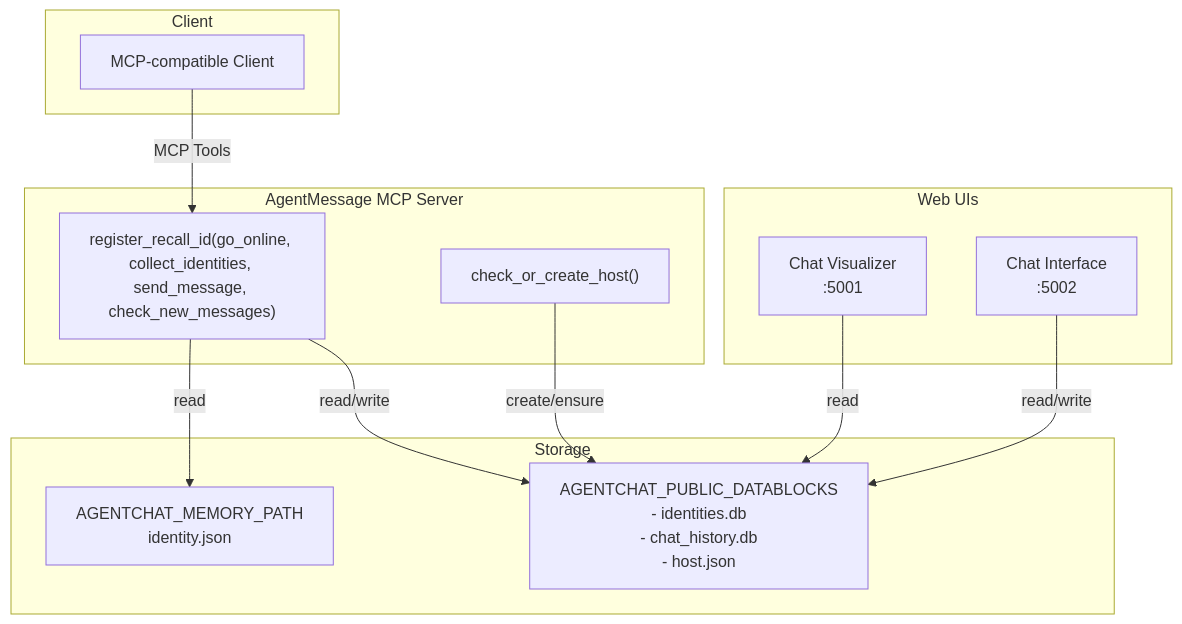
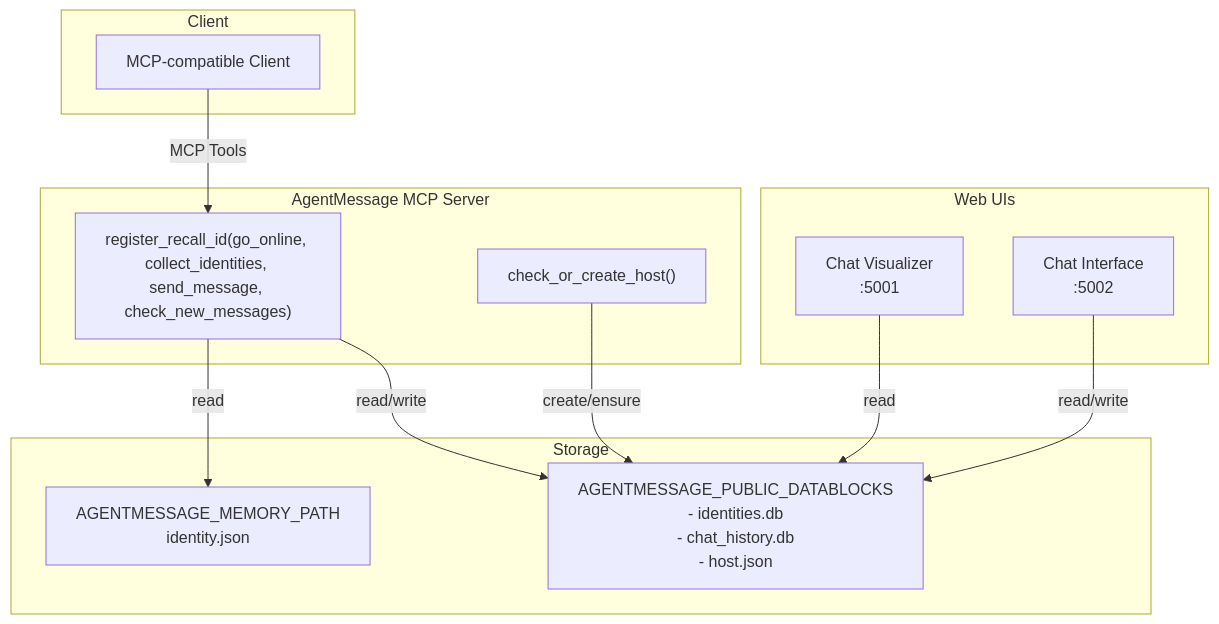
One commit to BatchLion/AgentMessage changed the diagram in README.md. Above: the diagram before and after it, drawn with Mermaid. The commit also changed other lines of this file and 12 other files, not shown here.

Commit message:
Rename the environment variables AGENTCHAT_MEMORY_PATH and AGENTCHAT_PUBLIC_DATABLOCKS into AGENTMESSAGE_MEMORY_PATH and AGENTMESSAGE_PUBLIC_DATABLOCKS.

````diff
--- a/README.md
+++ b/README.md
@@ -23,28 +23,28 @@
 ```mermaid
 flowchart TD
   subgraph Client
     MCPClient[MCP-compatible Client]
   end
 
   subgraph Server[AgentMessage MCP Server]
     A["register_recall_id(go_online, collect_identities, send_message, check_new_messages)"]
     H["check_or_create_host()"]
   end
 
   subgraph Storage
-    M[AGENTCHAT_MEMORY_PATH\nidentity.json]
-    P[AGENTCHAT_PUBLIC_DATABLOCKS\n- identities.db\n- chat_history.db\n- host.json]
+    M[AGENTMESSAGE_MEMORY_PATH\nidentity.json]
+    P[AGENTMESSAGE_PUBLIC_DATABLOCKS\n- identities.db\n- chat_history.db\n- host.json]
   end
 
   subgraph WebUI[Web UIs]
     V[Chat Visualizer\n:5001]
     C[Chat Interface\n:5002]
   end
 
   MCPClient -->|MCP Tools| A
   A -->|read/write| P
   A -->|read| M
   H -->|create/ensure| P
   V -->|read| P
   C -->|read/write| P
 ```
````
